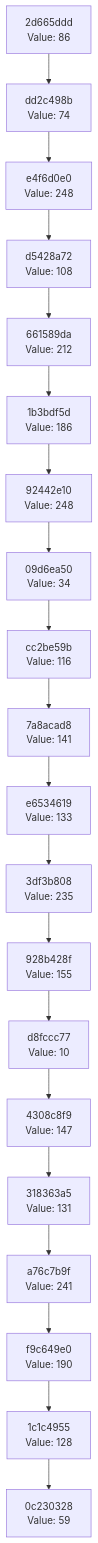
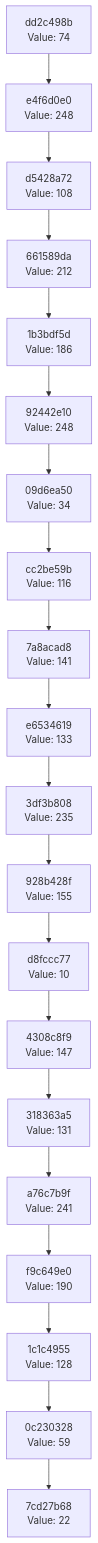
One commit to Abhisheksinha1506/hash-chain-evolver changed the diagram in docs/CHAIN_VISUALIZATION.md. Above: the diagram before and after it, drawn with Mermaid. The commit also changed 3 other files, not shown here.

````diff
--- a/docs/CHAIN_VISUALIZATION.md
+++ b/docs/CHAIN_VISUALIZATION.md
@@ -3,42 +3,42 @@
 ```mermaid
 graph TD
-    C0["0c230328<br/>Value: 59"]
-    C1["1c1c4955<br/>Value: 128"]
+    C0["7cd27b68<br/>Value: 22"]
+    C1["0c230328<br/>Value: 59"]
     C1 --> C0
-    C2["f9c649e0<br/>Value: 190"]
+    C2["1c1c4955<br/>Value: 128"]
     C2 --> C1
-    C3["a76c7b9f<br/>Value: 241"]
+    C3["f9c649e0<br/>Value: 190"]
     C3 --> C2
-    C4["318363a5<br/>Value: 131"]
+    C4["a76c7b9f<br/>Value: 241"]
     C4 --> C3
-    C5["4308c8f9<br/>Value: 147"]
+    C5["318363a5<br/>Value: 131"]
     C5 --> C4
-    C6["d8fccc77<br/>Value: 10"]
+    C6["4308c8f9<br/>Value: 147"]
     C6 --> C5
-    C7["928b428f<br/>Value: 155"]
+    C7["d8fccc77<br/>Value: 10"]
     C7 --> C6
-    C8["3df3b808<br/>Value: 235"]
+    C8["928b428f<br/>Value: 155"]
     C8 --> C7
-    C9["e6534619<br/>Value: 133"]
+    C9["3df3b808<br/>Value: 235"]
     C9 --> C8
-    C10["7a8acad8<br/>Value: 141"]
+    C10["e6534619<br/>Value: 133"]
     C10 --> C9
-    C11["cc2be59b<br/>Value: 116"]
+    C11["7a8acad8<br/>Value: 141"]
     C11 --> C10
-    C12["09d6ea50<br/>Value: 34"]
+    C12["cc2be59b<br/>Value: 116"]
     C12 --> C11
-    C13["92442e10<br/>Value: 248"]
+    C13["09d6ea50<br/>Value: 34"]
     C13 --> C12
-    C14["1b3bdf5d<br/>Value: 186"]
+    C14["92442e10<br/>Value: 248"]
     C14 --> C13
-    C15["661589da<br/>Value: 212"]
+    C15["1b3bdf5d<br/>Value: 186"]
     C15 --> C14
-    C16["d5428a72<br/>Value: 108"]
+    C16["661589da<br/>Value: 212"]
     C16 --> C15
-    C17["e4f6d0e0<br/>Value: 248"]
+    C17["d5428a72<br/>Value: 108"]
     C17 --> C16
-    C18["dd2c498b<br/>Value: 74"]
+    C18["e4f6d0e0<br/>Value: 248"]
     C18 --> C17
-    C19["2d665ddd<br/>Value: 86"]
+    C19["dd2c498b<br/>Value: 74"]
     C19 --> C18
 ```
````
